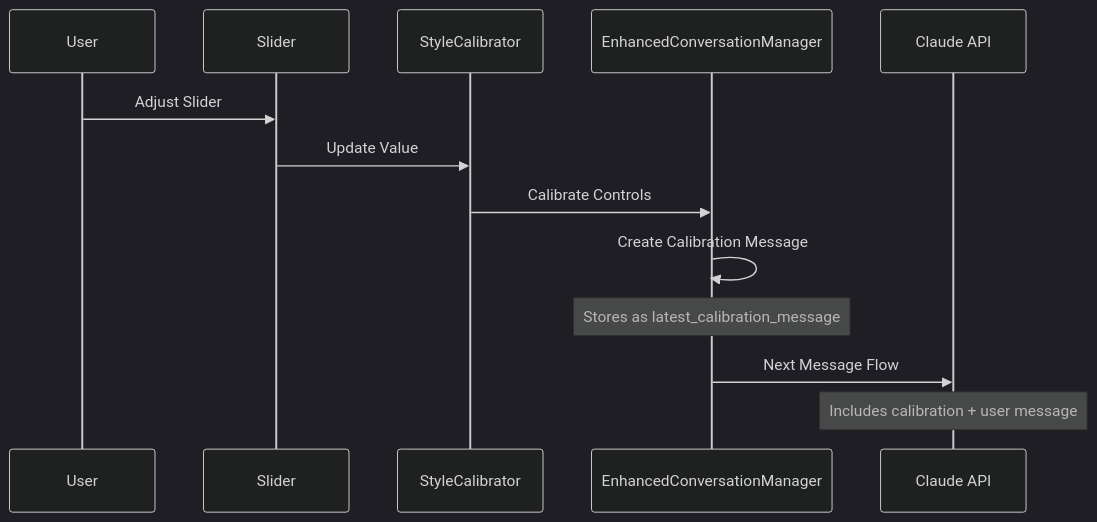
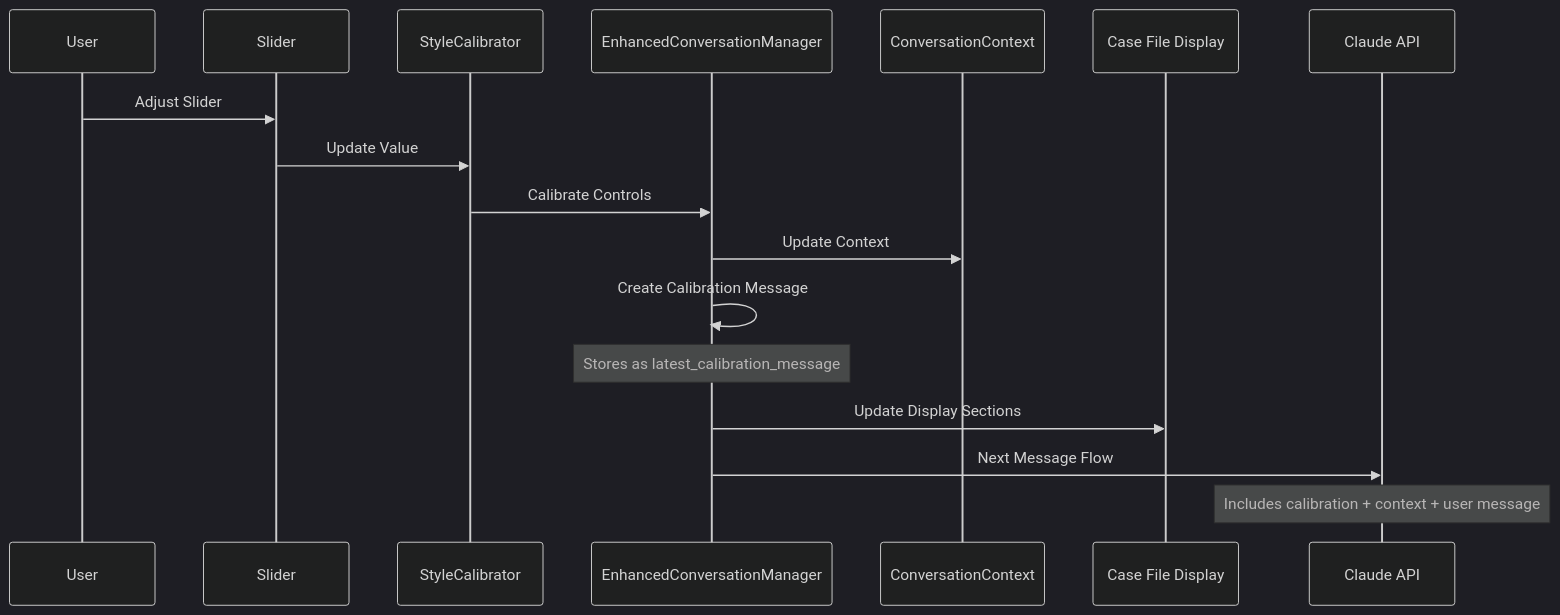
The sixth of 7 diagrams in docs/02-system-architecture.md (dgmulei/obi-slv2), drawn with Mermaid (dark theme) before and after one commit. The commit also changed other lines of this file and 9 other files, not shown here.

````diff
--- a/docs/02-system-architecture.md
+++ b/docs/02-system-architecture.md
@@ -126,16 +170,20 @@
 ```mermaid
 sequenceDiagram
     participant U as User
     participant S as Slider
     participant SC as StyleCalibrator
     participant ECM as EnhancedConversationManager
+    participant CC as ConversationContext
+    participant CF as Case File Display
     participant C as Claude API
 
     U->>S: Adjust Slider
     S->>SC: Update Value
     SC->>ECM: Calibrate Controls
+    ECM->>CC: Update Context
     ECM->>ECM: Create Calibration Message
     Note over ECM: Stores as latest_calibration_message
+    ECM->>CF: Update Display Sections
     ECM->>C: Next Message Flow
-    Note over C: Includes calibration + user message
+    Note over C: Includes calibration + context + user message
 ```
````
